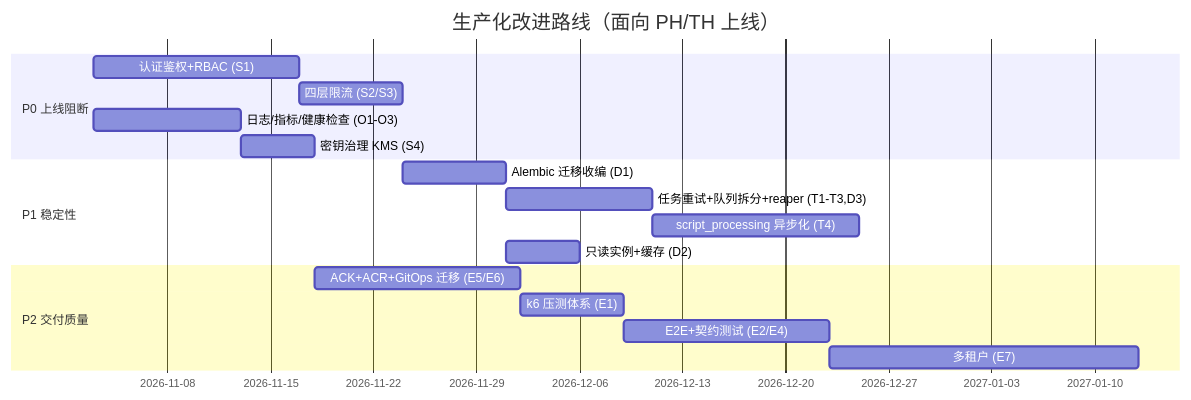
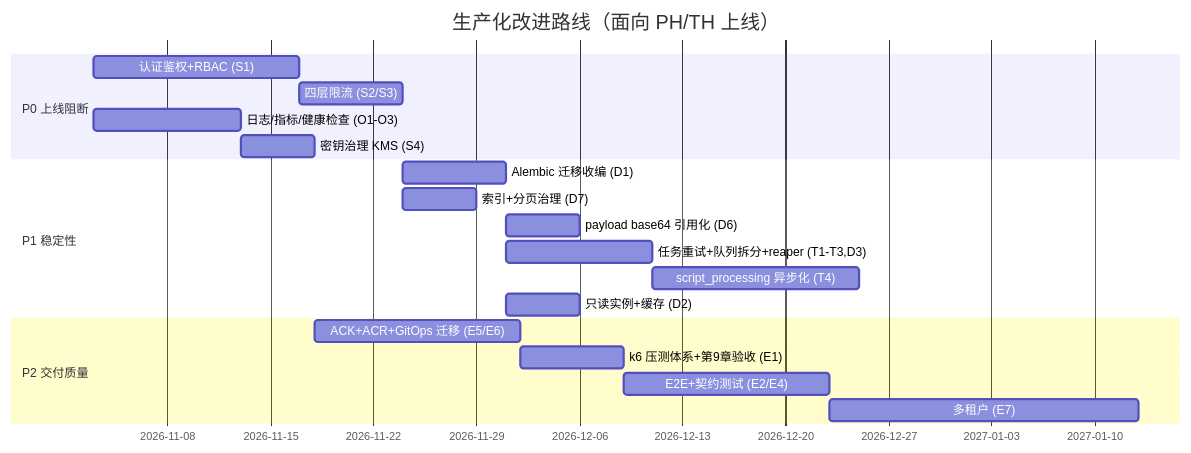
Before and after one commit to yanxuewei/Jellyfish-yxw: diagram 14 of 14 in likha/impl_tech.md, drawn with Mermaid. The commit also changed other lines of this file, not shown here.

````diff
--- a/likha/impl_tech.md
+++ b/likha/impl_tech.md
@@ -1207,20 +1487,22 @@
 ```mermaid
 gantt
     title 生产化改进路线（面向 PH/TH 上线）
     dateFormat  YYYY-MM-DD
     section P0 上线阻断
     认证鉴权+RBAC (S1)          :a1, 2026-11-03, 14d
     四层限流 (S2/S3)            :a2, after a1, 7d
     日志/指标/健康检查 (O1-O3)   :a3, 2026-11-03, 10d
     密钥治理 KMS (S4)           :a4, after a3, 5d
     section P1 稳定性
     Alembic 迁移收编 (D1)       :b1, after a2, 7d
+    索引+分页治理 (D7)          :b5, after a2, 5d
+    payload base64 引用化 (D6)  :b6, after b1, 5d
     任务重试+队列拆分+reaper (T1-T3,D3) :b2, after b1, 10d
     script_processing 异步化 (T4) :b3, after b2, 14d
     只读实例+缓存 (D2)          :b4, after b1, 5d
     section P2 交付质量
     ACK+ACR+GitOps 迁移 (E5/E6) :c1, after a4, 14d
-    k6 压测体系 (E1)            :c2, after c1, 7d
+    k6 压测体系+第9章验收 (E1)   :c2, after c1, 7d
     E2E+契约测试 (E2/E4)        :c3, after c2, 14d
     多租户 (E7)                 :c4, after c3, 21d
 ```
````
